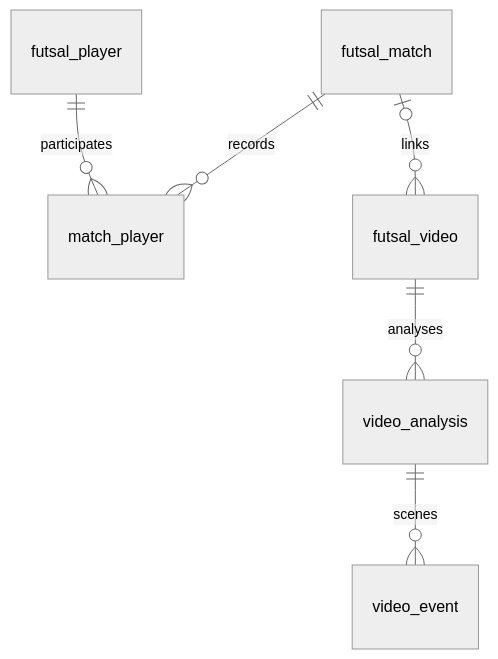
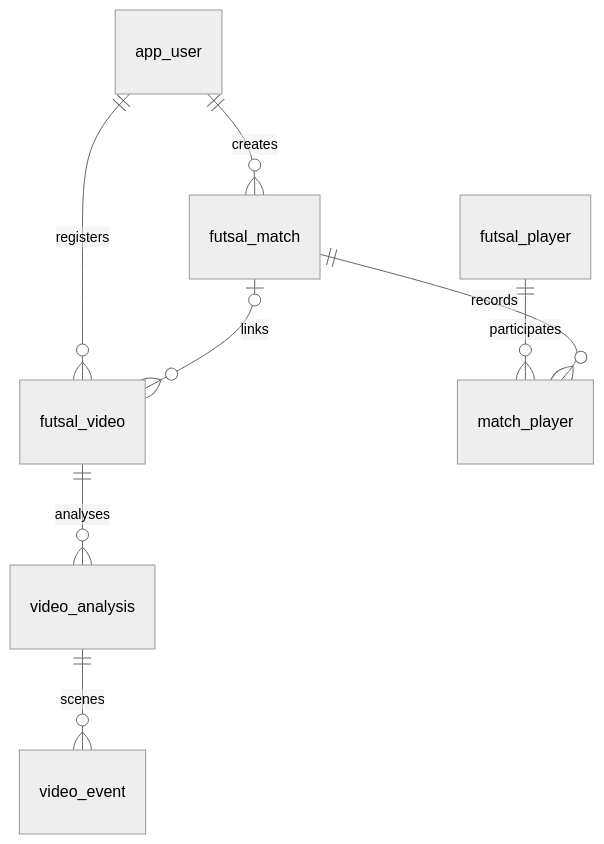
One commit to YuNi-100/futsal_match changed the diagram in README.md. Above: the diagram before and after it, drawn with Mermaid (neutral theme). The commit also changed other lines of this file, not shown here.

````diff
--- a/README.md
+++ b/README.md
@@ -157,8 +166,10 @@
 ```mermaid
 erDiagram
+    app_user ||--o{ futsal_match : creates
+    app_user ||--o{ futsal_video : registers
     futsal_player ||--o{ match_player : participates
     futsal_match ||--o{ match_player : records
     futsal_match o|--o{ futsal_video : links
     futsal_video ||--o{ video_analysis : analyses
     video_analysis ||--o{ video_event : scenes
 ```
````
